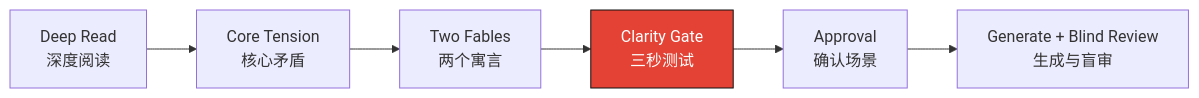
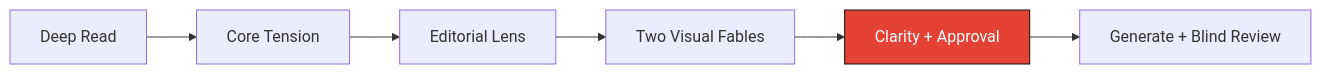
Before and after one commit to derrickxu1220/cartoon-synth: the diagram in README.md, drawn with Mermaid. The commit also changed other lines of this file and 8 other files, not shown here.

````diff
--- a/README.md
+++ b/README.md
@@ -41,9 +38,9 @@
 ```mermaid
 flowchart LR
-    A["Deep Read<br/>深度阅读"] --> B["Core Tension<br/>核心矛盾"]
-    B --> C["Two Fables<br/>两个寓言"]
-    C --> D["Clarity Gate<br/>三秒测试"]
-    D --> E["Approval<br/>确认场景"]
-    E --> F["Generate + Blind Review<br/>生成与盲审"]
-    style D fill:#E34234,color:#ffffff,stroke:#111111
+    A["Deep Read"] --> B["Core Tension"]
+    B --> C["Editorial Lens"]
+    C --> D["Two Visual Fables"]
+    D --> E["Clarity + Approval"]
+    E --> F["Generate + Blind Review"]
+    style E fill:#E34234,color:#ffffff,stroke:#111111
 ```
````
